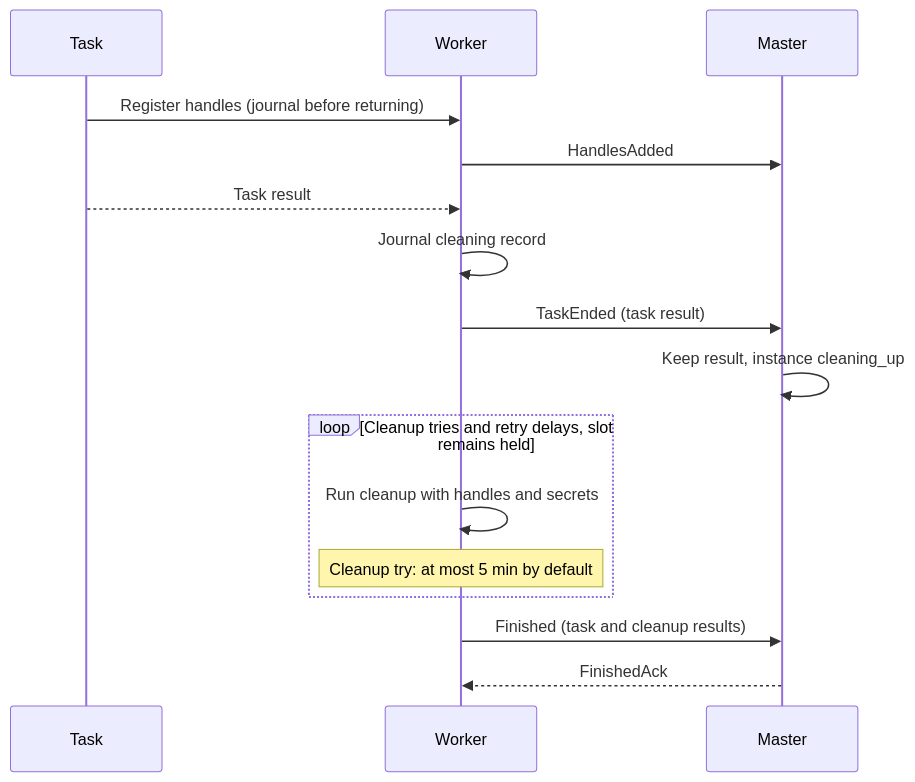
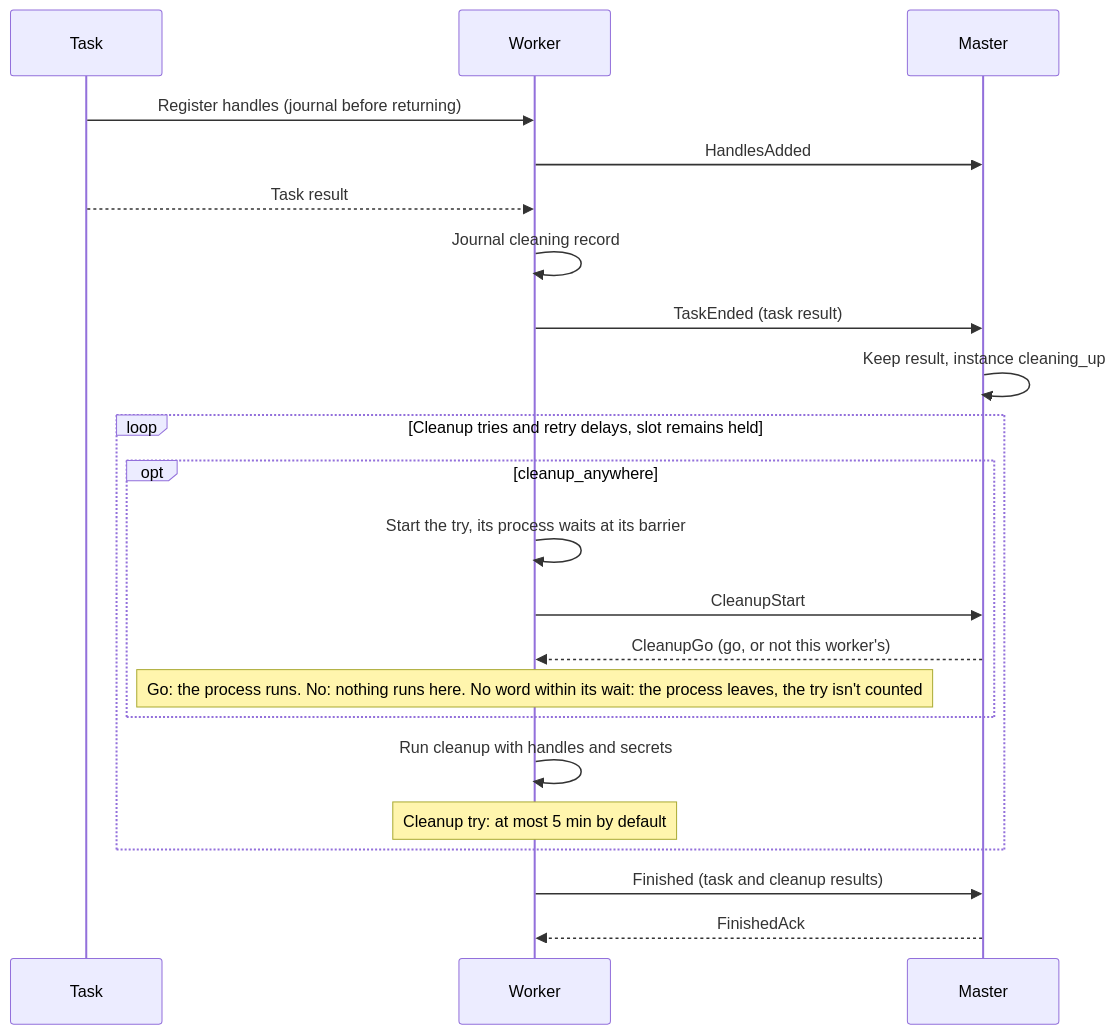
The eighth of 18 diagrams in docs/03-guide/15-protocol.md (ptutak/schedr), drawn with Mermaid before and after one commit. The commit also changed other lines of this file and 99 other files, not shown here.

````diff
--- a/docs/03-guide/15-protocol.md
+++ b/docs/03-guide/15-protocol.md
@@ -196,18 +196,24 @@
 ```{mermaid}
 sequenceDiagram
     participant P as Task
     participant W as Worker
     participant M as Master
     P->>W: Register handles (journal before returning)
     W->>M: HandlesAdded
     P-->>W: Task result
     W->>W: Journal cleaning record
     W->>M: TaskEnded (task result)
     M->>M: Keep result, instance cleaning_up
     loop Cleanup tries and retry delays, slot remains held
+        opt cleanup_anywhere
+            W->>W: Start the try, its process waits at its barrier
+            W->>M: CleanupStart
+            M-->>W: CleanupGo (go, or not this worker's)
+            Note over W: Go: the process runs. No: nothing runs here. No word within its wait: the process leaves, the try isn't counted
+        end
         W->>W: Run cleanup with handles and secrets
         Note over W: Cleanup try: at most 5 min by default
     end
     W->>M: Finished (task and cleanup results)
     M-->>W: FinishedAck
 ```
````
